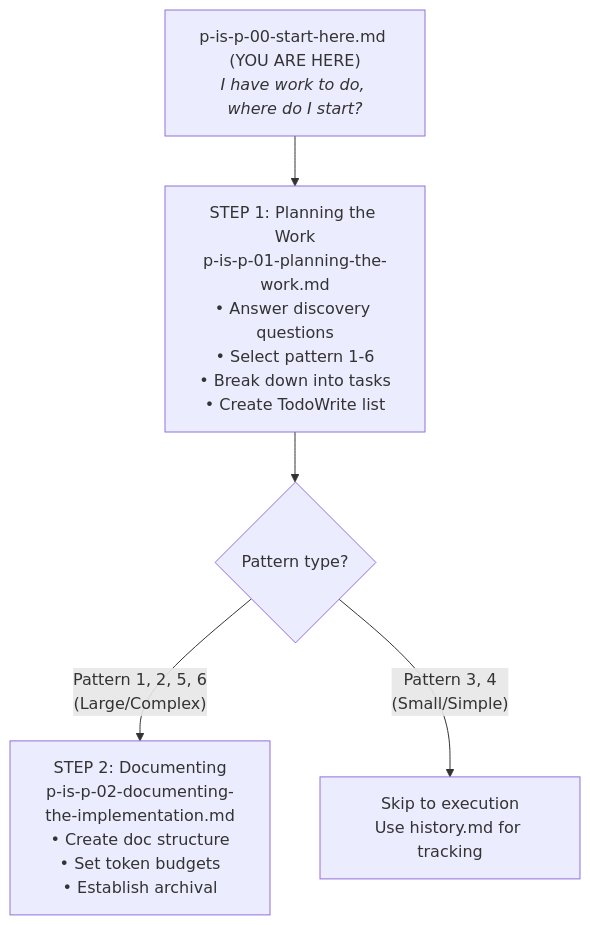
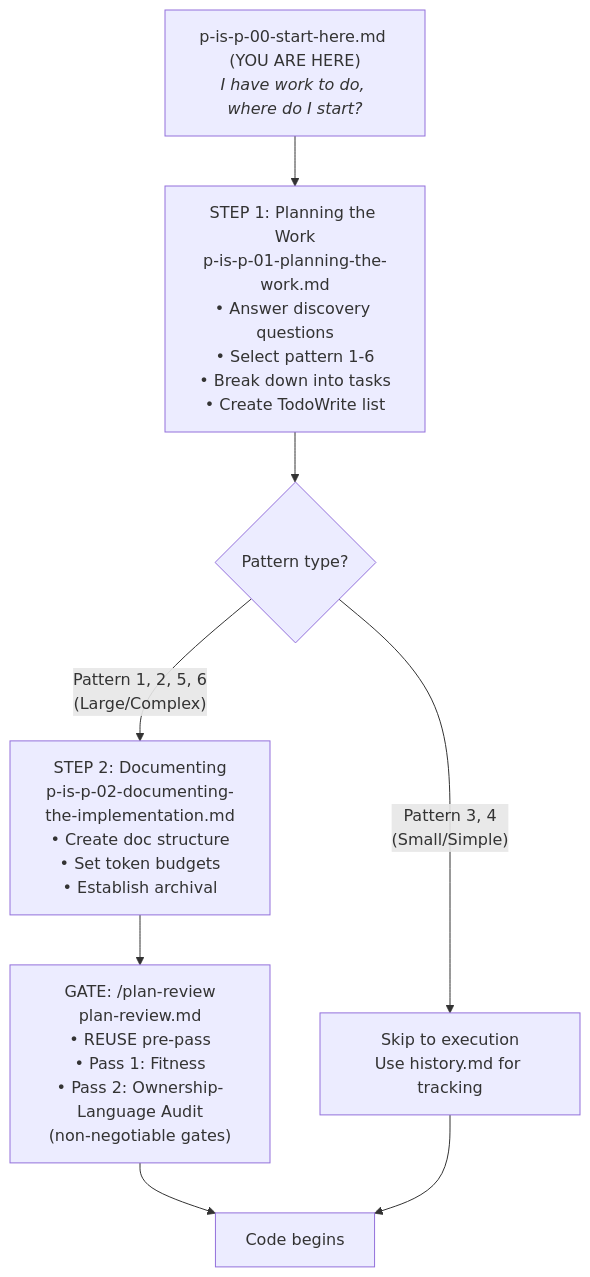
One commit to deepily/planning-is-prompting changed the diagram in workflow/p-is-p-00-start-here.md. Above: the diagram before and after it, drawn with Mermaid. The commit also changed other lines of this file and 148 other files, not shown here.

````diff
--- a/workflow/p-is-p-00-start-here.md
+++ b/workflow/p-is-p-00-start-here.md
@@ -260,9 +260,12 @@
 ```mermaid
 flowchart TD
     Start["p-is-p-00-start-here.md (YOU ARE HERE)<br><i>I have work to do, where do I start?</i>"]
     Step1["STEP 1: Planning the Work<br>p-is-p-01-planning-the-work.md<br>• Answer discovery questions<br>• Select pattern 1-6<br>• Break down into tasks<br>• Create TodoWrite list"]
     Start --> Step1
     Step1 --> Branch{Pattern type?}
     Branch -->|"Pattern 1, 2, 5, 6<br>(Large/Complex)"| Step2["STEP 2: Documenting<br>p-is-p-02-documenting-the-implementation.md<br>• Create doc structure<br>• Set token budgets<br>• Establish archival"]
     Branch -->|"Pattern 3, 4<br>(Small/Simple)"| Skip["Skip to execution<br>Use history.md for tracking"]
+    Step2 --> Review["GATE: /plan-review<br>plan-review.md<br>• REUSE pre-pass<br>• Pass 1: Fitness<br>• Pass 2: Ownership-Language Audit<br>(non-negotiable gates)"]
+    Review --> Code["Code begins"]
+    Skip --> Code
 ```
````
